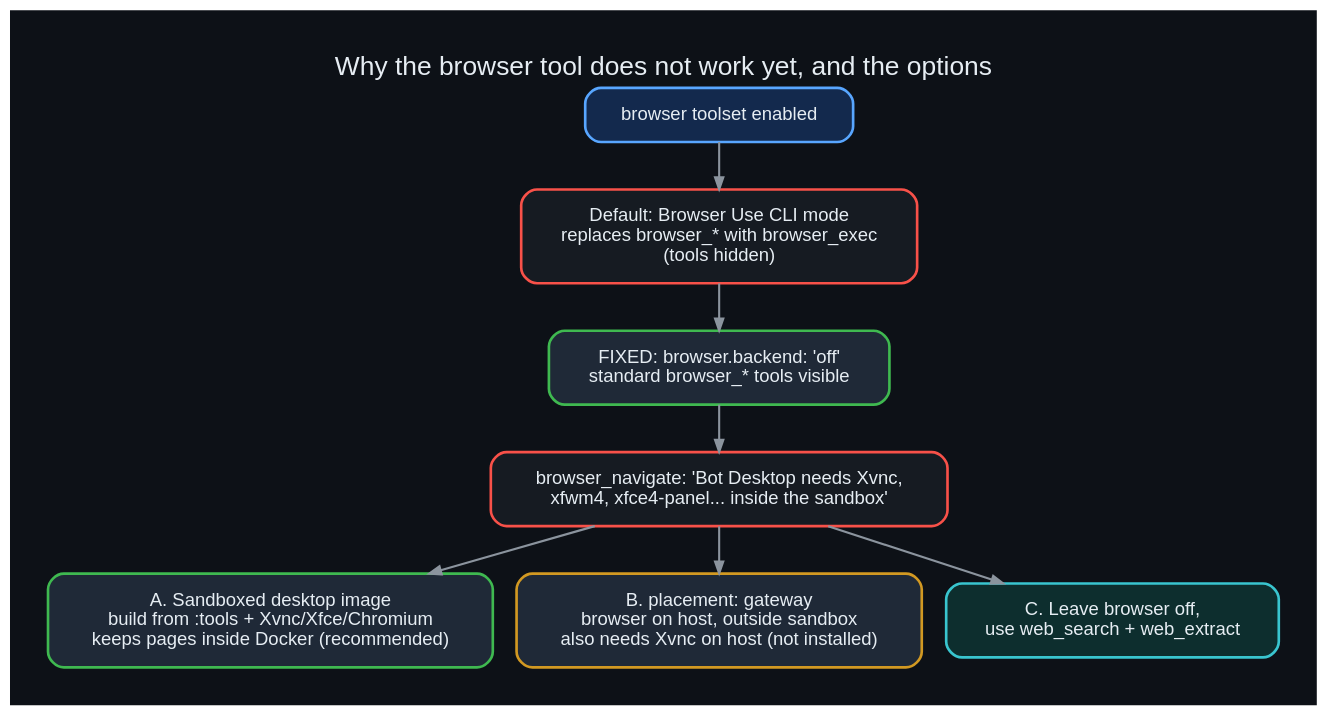
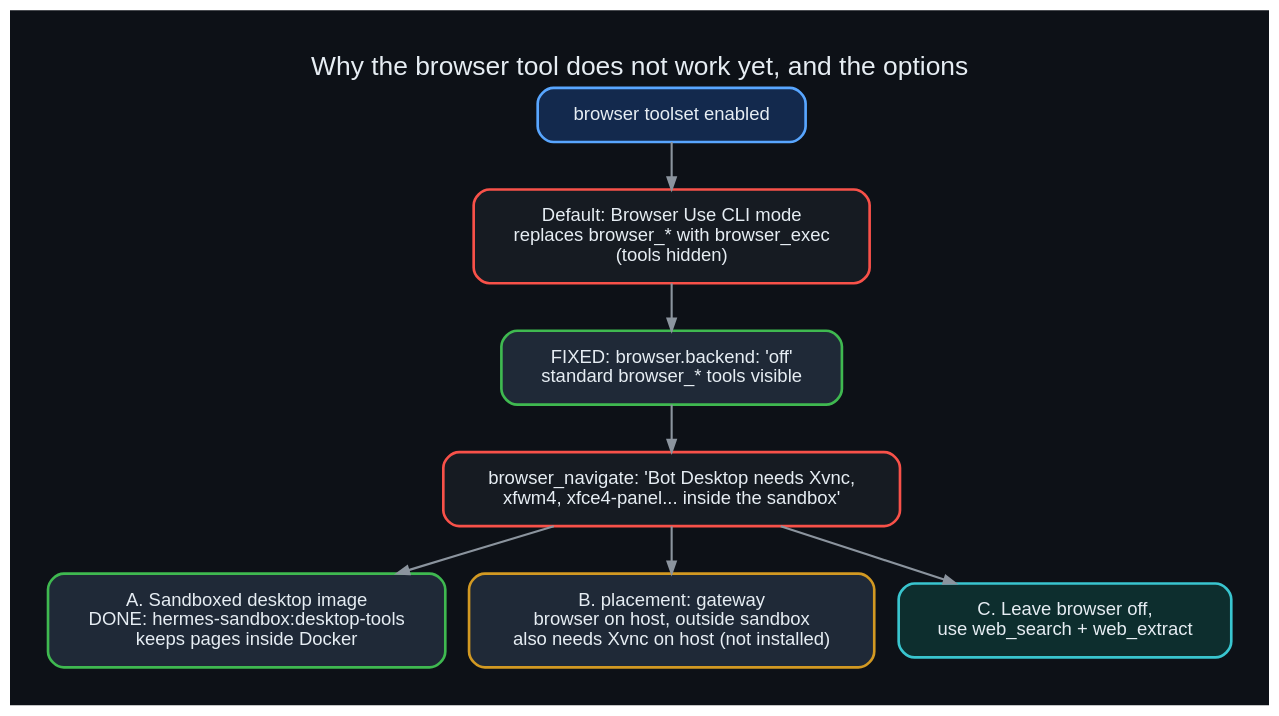
One commit to danindiana/hermes-web-search-ddgs changed the diagram in diagrams/29_browser_mode_decision.dot. Above: the diagram before and after it, drawn with Graphviz. The commit also changed 38 other files, not shown here.

Commit message:
Browser working via sandboxed desktop image (Dockerfile.desktop); diagrams 35-38; update verification

```diff
--- a/diagrams/29_browser_mode_decision.dot
+++ b/diagrams/29_browser_mode_decision.dot
@@ -1,15 +1,15 @@
 digraph g {
 graph [bgcolor="#0d1117", rankdir=LR, fontname="Helvetica", fontcolor="#e6edf3", labelloc="t", fontsize=20, pad=0.4];
 node  [fontname="Helvetica", fontcolor="#e6edf3", color="#30363d", style="filled,rounded", shape=box, penwidth=2, margin="0.25,0.18", fillcolor="#161b22"];
 edge  [color="#8b949e", fontname="Helvetica", fontcolor="#adbac7", penwidth=1.6, arrowsize=0.9];
 label="Why the browser tool does not work yet, and the options";
 rankdir=TB;
 s [label="browser toolset enabled", color="#58a6ff", fillcolor="#13294d"];
 d1 [label="Default: Browser Use CLI mode\nreplaces browser_* with browser_exec\n(tools hidden)", color="#f85149"];
 f1 [label="FIXED: browser.backend: 'off'\nstandard browser_* tools visible", color="#3fb950", fillcolor="#1f2937"];
 d2 [label="browser_navigate: 'Bot Desktop needs Xvnc,\nxfwm4, xfce4-panel... inside the sandbox'", color="#f85149"];
-oa [label="A. Sandboxed desktop image\nbuild from :tools + Xvnc/Xfce/Chromium\nkeeps pages inside Docker (recommended)", color="#3fb950", fillcolor="#1f2937"];
+oa [label="A. Sandboxed desktop image\nDONE: hermes-sandbox:desktop-tools\nkeeps pages inside Docker", color="#3fb950", fillcolor="#1f2937"];
 ob [label="B. placement: gateway\nbrowser on host, outside sandbox\nalso needs Xvnc on host (not installed)", color="#d29922", fillcolor="#1f2937"];
 oc [label="C. Leave browser off,\nuse web_search + web_extract", color="#39c5cf", fillcolor="#0d2e2e"];
 s->d1->f1->d2; d2->oa; d2->ob; d2->oc;
 }
```
